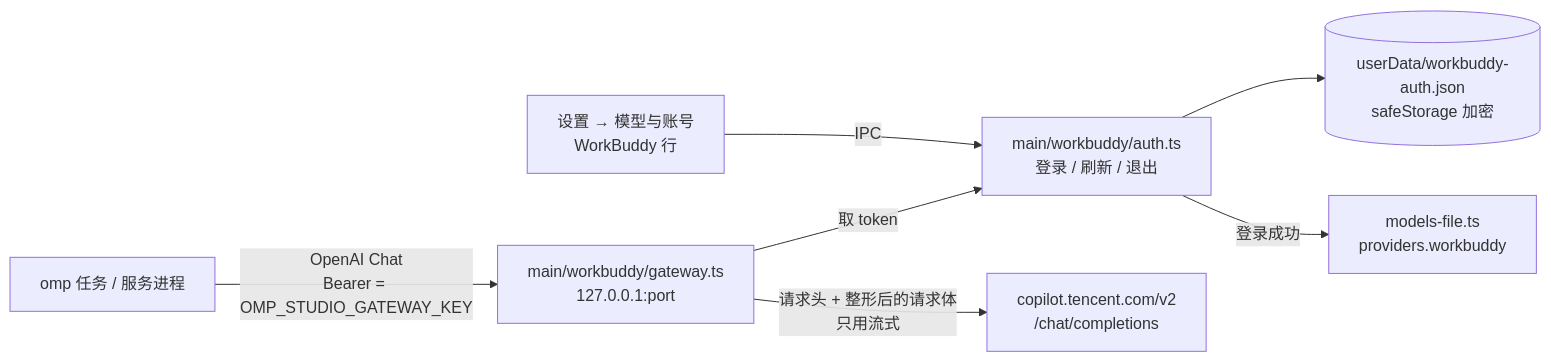
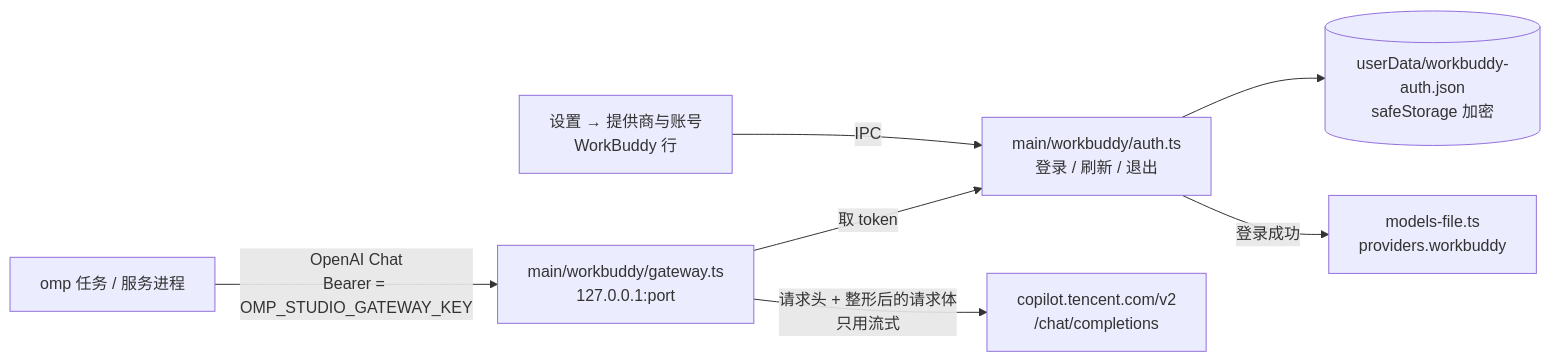
Before and after one commit to DawnJson/omp-studio: the diagram in docs/architecture/workbuddy-plan.md, drawn with Mermaid. The commit also changed other lines of this file and 59 other files, not shown here.

````diff
--- a/docs/architecture/workbuddy-plan.md
+++ b/docs/architecture/workbuddy-plan.md
@@ -23,9 +23,9 @@
 ```mermaid
 flowchart LR
-  UI[设置 → 模型与账号<br/>WorkBuddy 行] -->|IPC| Auth[main/workbuddy/auth.ts<br/>登录 / 刷新 / 退出]
+  UI[设置 → 提供商与账号<br/>WorkBuddy 行] -->|IPC| Auth[main/workbuddy/auth.ts<br/>登录 / 刷新 / 退出]
   Auth --> Store[(userData/workbuddy-auth.json<br/>safeStorage 加密)]
   Auth -->|登录成功| Models[models-file.ts<br/>providers.workbuddy]
   Omp[omp 任务 / 服务进程] -->|OpenAI Chat<br/>Bearer = OMP_STUDIO_GATEWAY_KEY| GW[main/workbuddy/gateway.ts<br/>127.0.0.1:port]
   GW -->|取 token| Auth
   GW -->|请求头 + 整形后的请求体<br/>只用流式| WB[copilot.tencent.com/v2<br/>/chat/completions]
 ```
````
